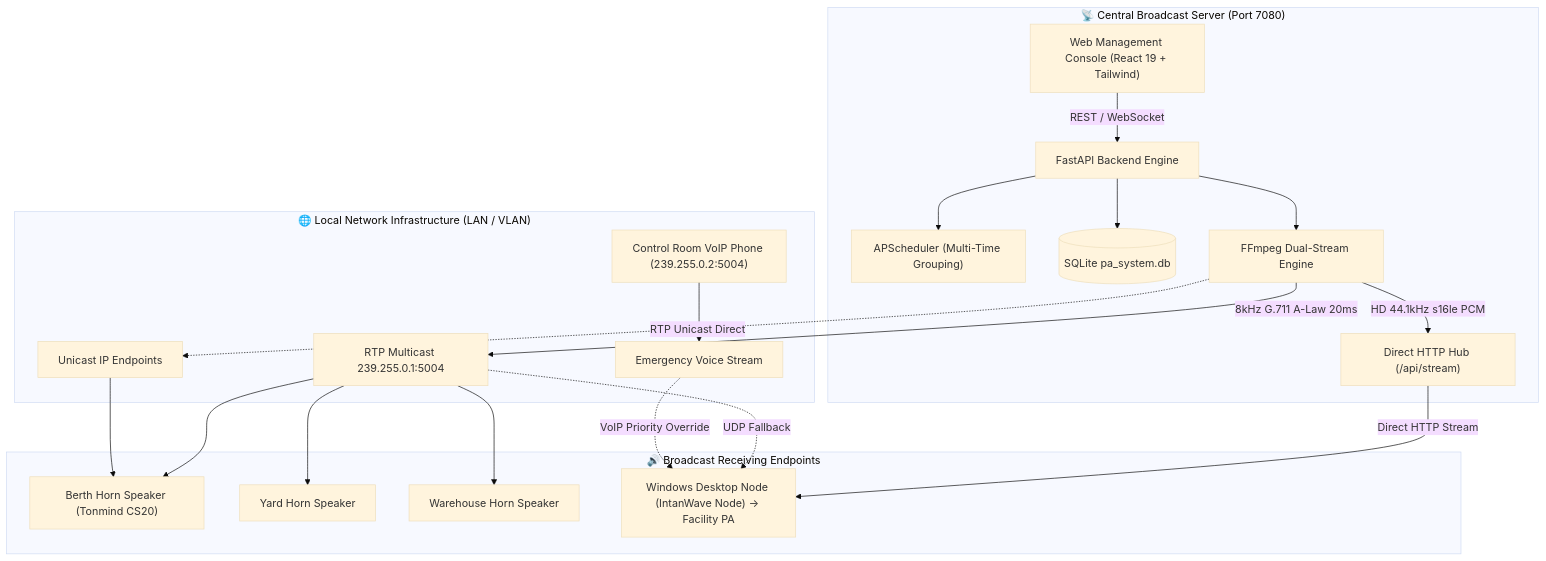
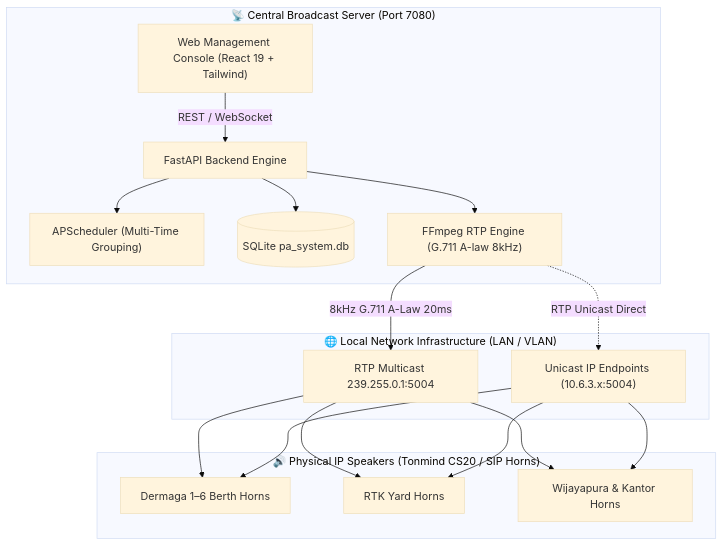
One commit to pratama1246/IntanWave-RTPAudio changed the diagram in README.md. Above: the diagram before and after it, drawn with Mermaid (base theme). The commit also changed other lines of this file and 134 other files, not shown here.

Commit message:
refactor: remove all windows client code, streamline codebase exclusively for physical IP speakers

````diff
--- a/README.md
+++ b/README.md
@@ -57,26 +44,23 @@
 ```mermaid
 flowchart TD
     subgraph Control["📡 Central Broadcast Server (Port 7080)"]
         WebUI["Web Management Console (React 19 + Tailwind)"] -->|REST / WebSocket| API["FastAPI Backend Engine"]
         API --> Scheduler["APScheduler (Multi-Time Grouping)"]
         API --> DB[(SQLite pa_system.db)]
-        API --> Streamer["FFmpeg Dual-Stream Engine"]
-        Streamer -->|HD 44.1kHz s16le PCM| StreamHub["Direct HTTP Hub (/api/stream)"]
+        API --> Streamer["FFmpeg RTP Engine (G.711 A-law 8kHz)"]
     end
 
     subgraph Network["🌐 Local Network Infrastructure (LAN / VLAN)"]
-        Streamer -->|8kHz G.711 A-Law 20ms| MC[RTP Multicast 239.255.0.1:5004]
-        Streamer -.->|RTP Unicast Direct| UC[Unicast IP Endpoints]
-        IPPhone["Control Room VoIP Phone (239.255.0.2:5004)"] --> MC2[Emergency Voice Stream]
+        Streamer -->|8kHz G.711 A-Law 20ms| MC["RTP Multicast 239.255.0.1:5004"]
+        Streamer -.->|RTP Unicast Direct| UC["Unicast IP Endpoints (10.6.3.x:5004)"]
     end
 
-    subgraph Endpoints["🔊 Broadcast Receiving Endpoints"]
-        MC --> Spk1["Berth Horn Speaker (Tonmind CS20)"]
-        MC --> Spk2["Yard Horn Speaker"]
-        MC --> Spk3["Warehouse Horn Speaker"]
+    subgraph Endpoints["🔊 Physical IP Speakers (Tonmind CS20 / SIP Horns)"]
+        MC --> Spk1["Dermaga 1–6 Berth Horns"]
+        MC --> Spk2["RTK Yard Horns"]
+        MC --> Spk3["Wijayapura & Kantor Horns"]
         UC --> Spk1
-        StreamHub -->|Direct HTTP Stream| WinClient["Windows Desktop Node (IntanWave Node) -> Facility PA"]
-        MC -.->|UDP Fallback| WinClient
-        MC2 -.->|VoIP Priority Override| WinClient
+        UC --> Spk2
+        UC --> Spk3
     end
 ```
````
